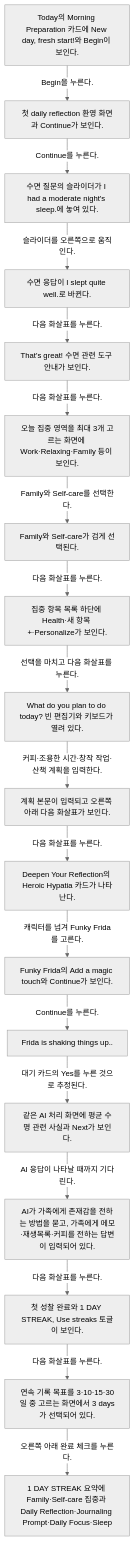
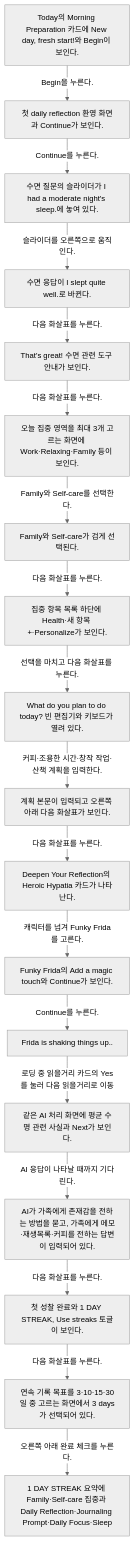
Before and after one commit to Dev-Corgi/Stoic-Build-Clone-Test: the diagram in docs/Stoic/flows/logging-a-daily-reflection-morning-from-today-3c1b50df/README.md, drawn with Mermaid (neutral theme). The commit also changed other lines of this file and 23 other files, not shown here.

Commit message:
docs: verify Stoic flows with user-confirmed transitions

````diff
--- a/docs/Stoic/flows/logging-a-daily-reflection-morning-from-today-3c1b50df/README.md
+++ b/docs/Stoic/flows/logging-a-daily-reflection-morning-from-today-3c1b50df/README.md
@@ -8,38 +8,38 @@
 ```mermaid
 flowchart TD
   S1["Today의 Morning Preparation 카드에 New day, fresh start!와 Begin이 보인다."]
   S1 -->|Begin을 누른다.| S2
   S2["첫 daily reflection 환영 화면과 Continue가 보인다."]
   S2 -->|Continue를 누른다.| S3
   S3["수면 질문의 슬라이더가 I had a moderate night's sleep.에 놓여 있다."]
   S3 -->|슬라이더를 오른쪽으로 움직인다.| S4
   S4["수면 응답이 I slept quite well.로 바뀐다."]
   S4 -->|다음 화살표를 누른다.| S5
   S5["That's great! 수면 관련 도구 안내가 보인다."]
   S5 -->|다음 화살표를 누른다.| S6
   S6["오늘 집중 영역을 최대 3개 고르는 화면에 Work·Relaxing·Family 등이 보인다."]
   S6 -->|Family와 Self-care를 선택한다.| S7
   S7["Family와 Self-care가 검게 선택된다."]
   S7 -->|다음 화살표를 누른다.| S8
   S8["집중 항목 목록 하단에 Health·새 항목 +·Personalize가 보인다."]
   S8 -->|선택을 마치고 다음 화살표를 누른다.| S9
   S9["What do you plan to do today? 빈 편집기와 키보드가 열려 있다."]
   S9 -->|커피·조용한 시간·창작 작업·산책 계획을 입력한다.| S10
   S10["계획 본문이 입력되고 오른쪽 아래 다음 화살표가 보인다."]
   S10 -->|다음 화살표를 누른다.| S11
   S11["Deepen Your Reflection의 Heroic Hypatia 카드가 나타난다."]
   S11 -->|캐릭터를 넘겨 Funky Frida를 고른다.| S12
   S12["Funky Frida의 Add a magic touch와 Continue가 보인다."]
   S12 -->|Continue를 누른다.| S13
   S13["Frida is shaking things up.."]
-  S13 -->|대기 카드의 Yes를 누른 것으로 추정된다.| S14
+  S13 -->|로딩 중 읽을거리 카드의 Yes를 눌러 다음 읽을거리로 이동| S14
   S14["같은 AI 처리 화면에 평균 수명 관련 사실과 Next가 보인다."]
   S14 -->|AI 응답이 나타날 때까지 기다린다.| S15
   S15["AI가 가족에게 존재감을 전하는 방법을 묻고, 가족에게 메모·재생목록·커피를 전하는 답변이 입력되어 있다."]
   S15 -->|다음 화살표를 누른다.| S16
   S16["첫 성찰 완료와 1 DAY STREAK, Use streaks 토글이 보인다."]
   S16 -->|다음 화살표를 누른다.| S17
   S17["연속 기록 목표를 3·10·15·30일 중 고르는 화면에서 3 days가 선택되어 있다."]
   S17 -->|오른쪽 아래 완료 체크를 누른다.| S18
   S18["1 DAY STREAK 요약에 Family·Self-care 집중과 Daily Reflection·Journaling Prompt·Daily Focus·Sleep"]
 ```
````
